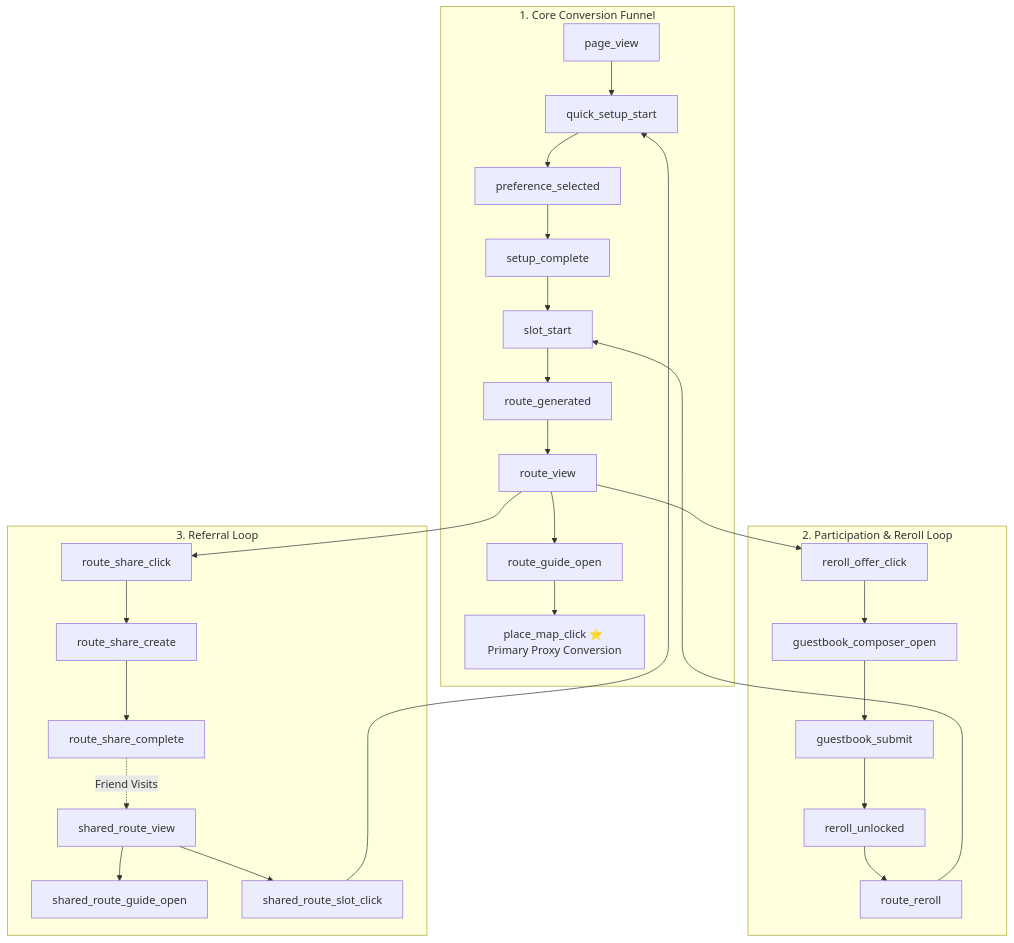
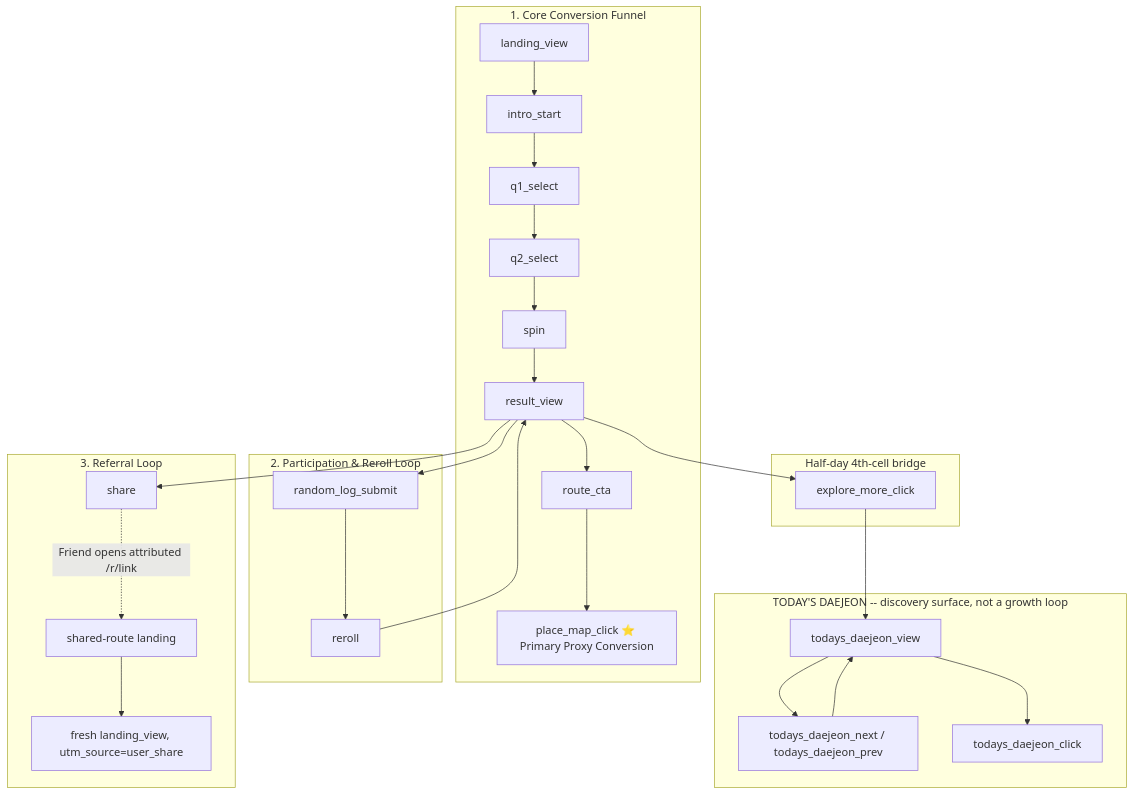
One commit to devchanz/daejeon-random-trip changed the diagram in docs/ANALYTICS.md. Above: the diagram before and after it, drawn with Mermaid. The commit also changed other lines of this file and 19 other files, not shown here.

````diff
--- a/docs/ANALYTICS.md
+++ b/docs/ANALYTICS.md
@@ -15,32 +17,34 @@
 ```mermaid
 flowchart TD
     subgraph CoreConversion [1. Core Conversion Funnel]
-        A[page_view] --> B[quick_setup_start]
-        B --> C[preference_selected]
-        C --> D[setup_complete]
-        D --> E[slot_start]
-        E --> F[route_generated]
-        F --> G[route_view]
-        G --> H[route_guide_open]
-        H --> I[place_map_click ⭐ Primary Proxy Conversion]
+        A[landing_view] --> B[intro_start]
+        B --> C[q1_select]
+        C --> D[q2_select]
+        D --> E[spin]
+        E --> F[result_view]
+        F --> G[route_cta]
+        G --> H[place_map_click ⭐ Primary Proxy Conversion]
     end
 
     subgraph Participation [2. Participation & Reroll Loop]
-        G --> J[reroll_offer_click]
-        J --> K[guestbook_composer_open]
-        K --> L[guestbook_submit]
-        L --> M[reroll_unlocked]
-        M --> N[route_reroll]
-        N --> E
+        F --> I[random_log_submit]
+        I --> J[reroll]
+        J --> F
     end
 
     subgraph Referral [3. Referral Loop]
-        G --> O[route_share_click]
-        O --> P[route_share_create]
-        P --> Q[route_share_complete]
-        Q -. Friend Visits .-> R[shared_route_view]
-        R --> S[shared_route_guide_open]
-        R --> T[shared_route_slot_click]
-        T --> B
+        F --> K[share]
+        K -. Friend opens attributed /r/link .-> L[shared-route landing]
+        L --> M[fresh landing_view, utm_source=user_share]
+    end
+
+    subgraph Editorial [TODAY'S DAEJEON -- discovery surface, not a growth loop]
+        N[todays_daejeon_view] --> O[todays_daejeon_next / todays_daejeon_prev]
+        O --> N
+        N --> P[todays_daejeon_click]
+    end
+
+    subgraph ExploreMore [Half-day 4th-cell bridge]
+        F --> Q[explore_more_click] --> N
     end
 ```
````
